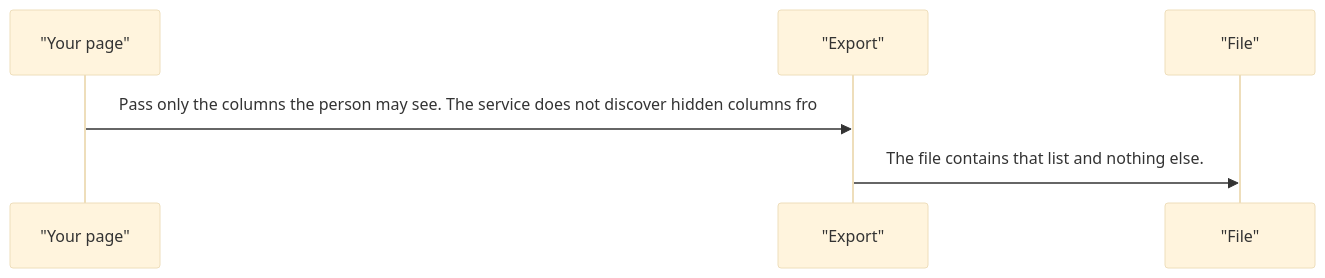
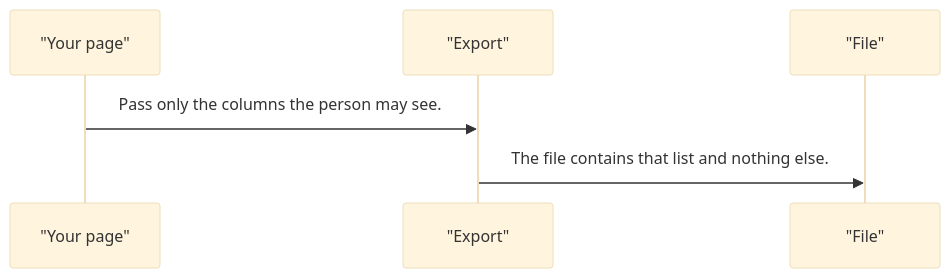
One commit to RajshekharBorate/pixel-ui changed the third of 3 diagrams in projects/pixel-ui/src/lib/services/export/DESIGN.md. Above: the diagram before and after it, drawn with Mermaid (base theme). The commit also changed other lines of this file and 80 other files, not shown here.

Commit message:
Fill missing design flows and correct the stories that did not match component behavior.

````diff
--- a/projects/pixel-ui/src/lib/services/export/DESIGN.md
+++ b/projects/pixel-ui/src/lib/services/export/DESIGN.md
@@ -57,8 +57,8 @@
 ```mermaid
 sequenceDiagram
   participant page as "Your page"
   participant export as "Export"
   participant file as "File"
-  page->>export: Pass only the columns the person may see. The service does not discover hidden columns fro
+  page->>export: Pass only the columns the person may see.
   export->>file: The file contains that list and nothing else.
 ```
````
